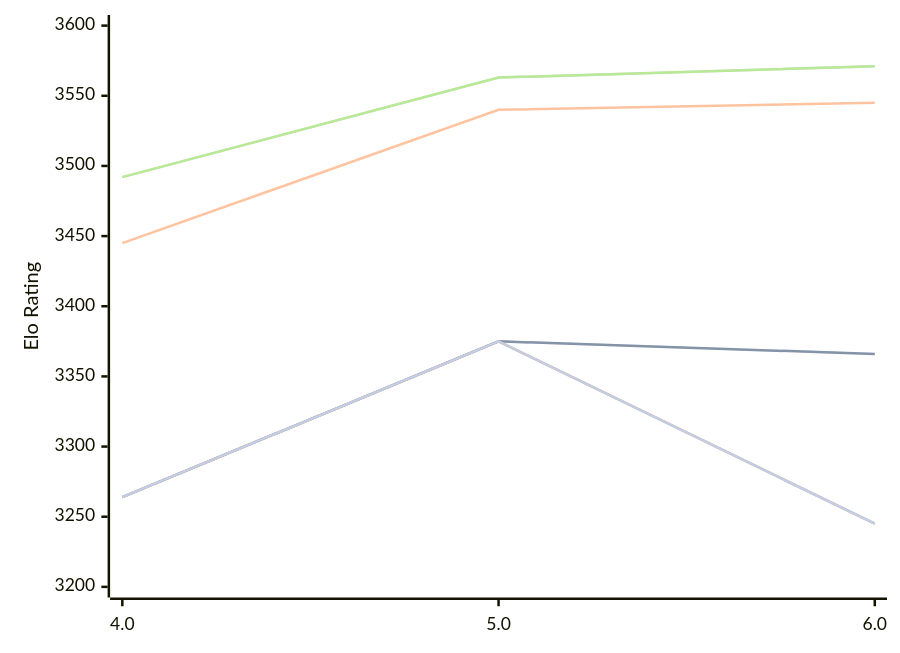
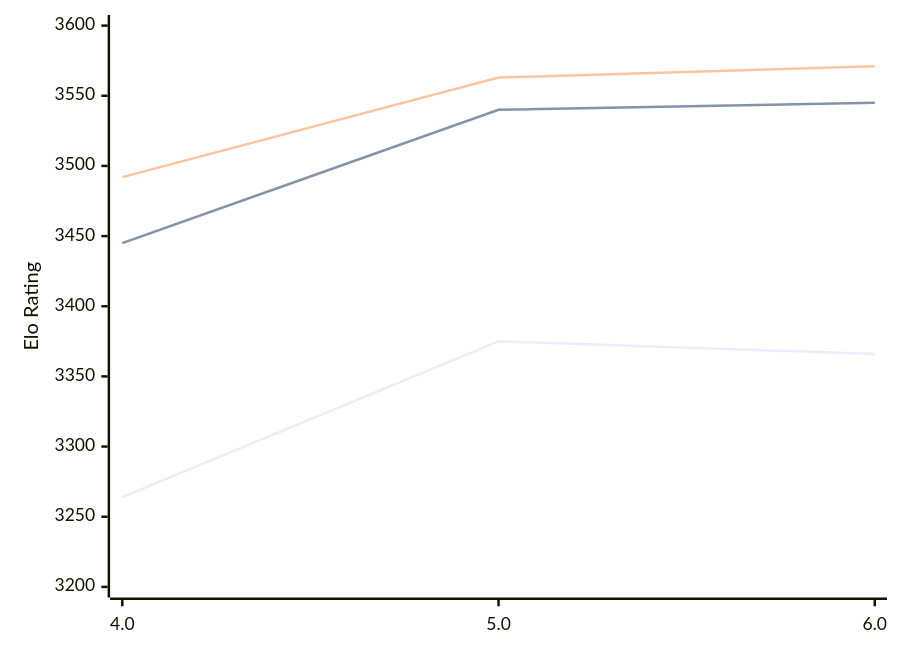
Before and after one commit to computer-chess-index/cci: the diagram in engines/Tarnished.md, drawn with Mermaid. The commit also changed other lines of this file, not shown here.

````diff
--- a/engines/Tarnished.md
+++ b/engines/Tarnished.md
@@ -49,13 +49,9 @@
 ```mermaid
 %%{init: {"theme":"base","themeVariables":{"seriesColors:['#a3a3a3','#222221','#faa371']}}}%%
 xychart-beta
   x-axis ["4.0", "5.0", "6.0"]
   y-axis "Elo Rating" 3200 --> 3600
-  line "" [3264, 3375, 3366]
   line "T1: STC (8.0+0.08s)" [3264, 3375, 3366]
   line "T1: LTC (60.0+0.60s)" [3445, 3540, 3545]
-  line "" [3492, 3563, 3571]
   line "T1: VLTC (2m24s+1.12s)" [3492, 3563, 3571]
-  line "" [3264, 3375,3245]
-  line "E1: STC (8.0+0.08s)" [3264, 3375,3245]
 ```
````
